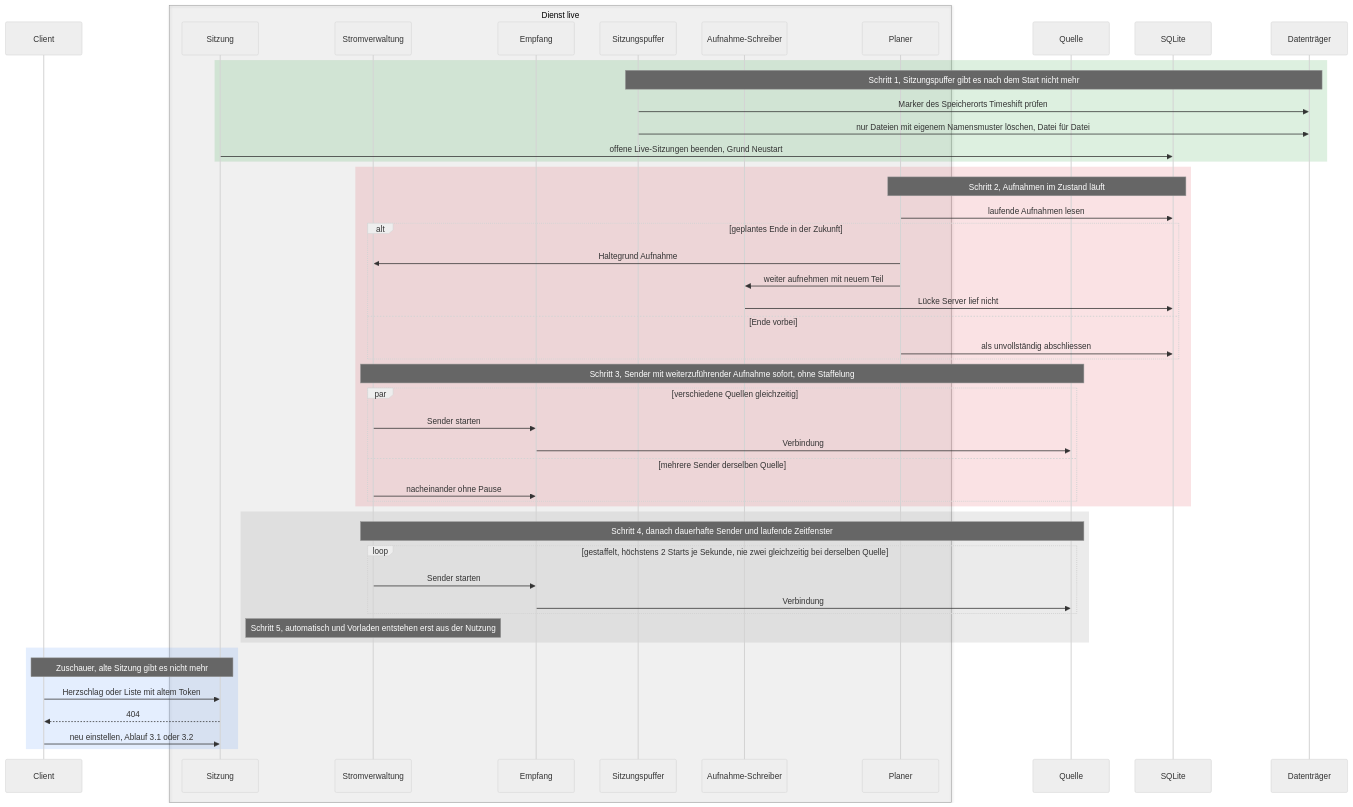
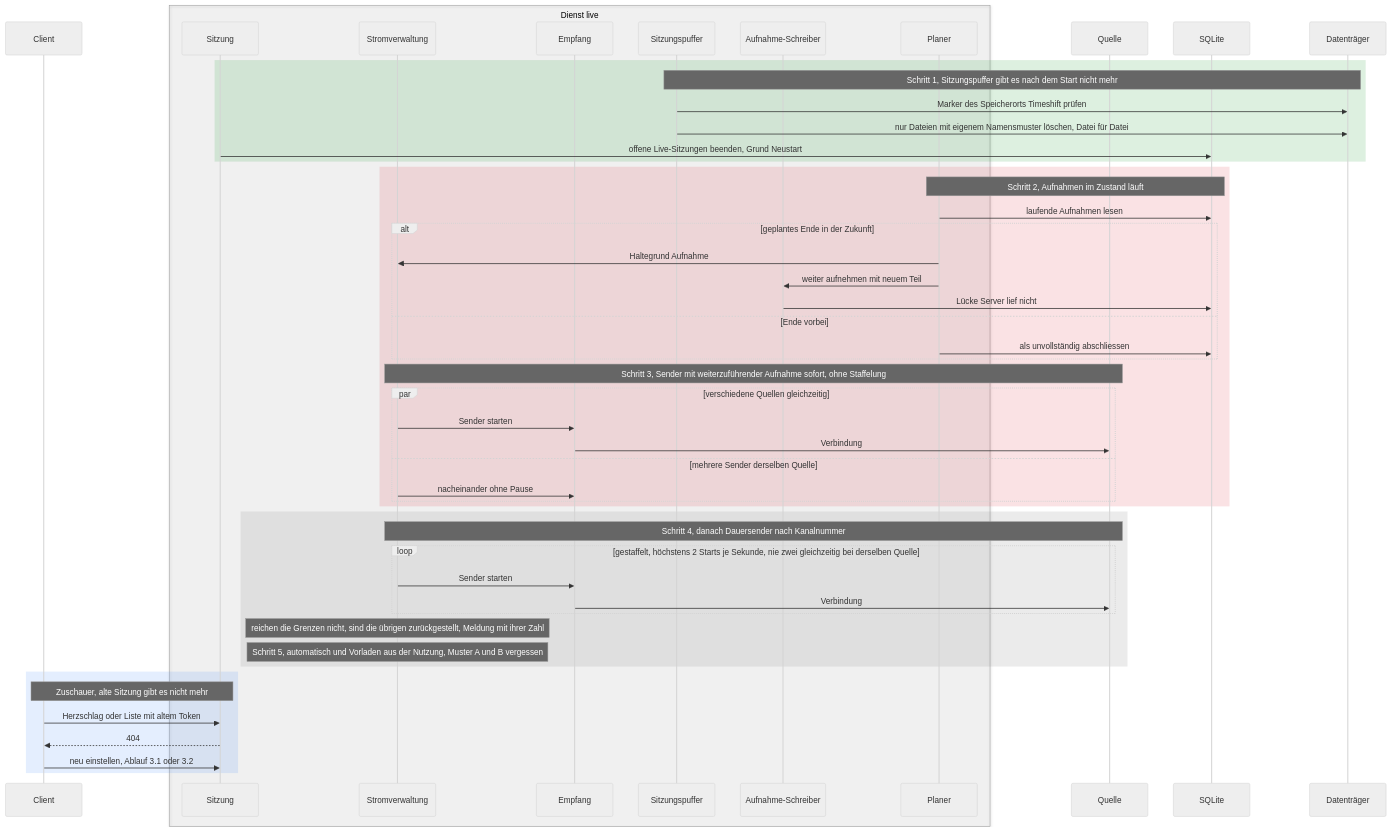
Diagram 13 of 23 in docs/planning/28-live-tv/06-ablaeufe.md (SlouchCat/slouchcat), drawn with Mermaid (neutral theme) before and after one commit. The commit also changed other lines of this file, not shown here.

Commit message:
docs(planning): concept 28 live TV, flows version 3 for architecture version 4

````diff
--- a/docs/planning/28-live-tv/06-ablaeufe.md
+++ b/docs/planning/28-live-tv/06-ablaeufe.md
@@ -1002,54 +1074,55 @@
 ```mermaid
 sequenceDiagram
   participant CL as Client
   box rgba(128,128,128,0.08) Dienst live
     participant SES as Sitzung
     participant STR as Stromverwaltung
     participant EMP as Empfang
     participant SP as Sitzungspuffer
     participant AUF as Aufnahme-Schreiber
     participant PL as Planer
   end
   participant Q as Quelle
   participant DB as SQLite
   participant DSK as Datenträger
 
   rect rgba(46,160,67,0.16)
     Note over SP,DSK: Schritt 1, Sitzungspuffer gibt es nach dem Start nicht mehr
     SP->>DSK: Marker des Speicherorts Timeshift prüfen
     SP->>DSK: nur Dateien mit eigenem Namensmuster löschen, Datei für Datei
     SES->>DB: offene Live-Sitzungen beenden, Grund Neustart
   end
   rect rgba(220,53,69,0.14)
     Note over PL,DB: Schritt 2, Aufnahmen im Zustand läuft
     PL->>DB: laufende Aufnahmen lesen
     alt geplantes Ende in der Zukunft
       PL->>STR: Haltegrund Aufnahme
       PL->>AUF: weiter aufnehmen mit neuem Teil
       AUF->>DB: Lücke Server lief nicht
     else Ende vorbei
       PL->>DB: als unvollständig abschliessen
     end
     Note over STR,Q: Schritt 3, Sender mit weiterzuführender Aufnahme sofort, ohne Staffelung
     par verschiedene Quellen gleichzeitig
       STR->>EMP: Sender starten
       EMP->>Q: Verbindung
     and mehrere Sender derselben Quelle
       STR->>EMP: nacheinander ohne Pause
     end
   end
   rect rgba(128,128,128,0.16)
-    Note over STR,Q: Schritt 4, danach dauerhafte Sender und laufende Zeitfenster
+    Note over STR,Q: Schritt 4, danach Dauersender nach Kanalnummer
     loop gestaffelt, höchstens 2 Starts je Sekunde, nie zwei gleichzeitig bei derselben Quelle
       STR->>EMP: Sender starten
       EMP->>Q: Verbindung
     end
-    Note over STR: Schritt 5, automatisch und Vorladen entstehen erst aus der Nutzung
+    Note over STR: reichen die Grenzen nicht, sind die übrigen zurückgestellt, Meldung mit ihrer Zahl
+    Note over STR: Schritt 5, automatisch und Vorladen aus der Nutzung, Muster A und B vergessen
   end
   rect rgba(66,135,245,0.14)
     Note over CL,SES: Zuschauer, alte Sitzung gibt es nicht mehr
     CL->>SES: Herzschlag oder Liste mit altem Token
     SES-->>CL: 404
     CL->>SES: neu einstellen, Ablauf 3.1 oder 3.2
   end
 ```
````
